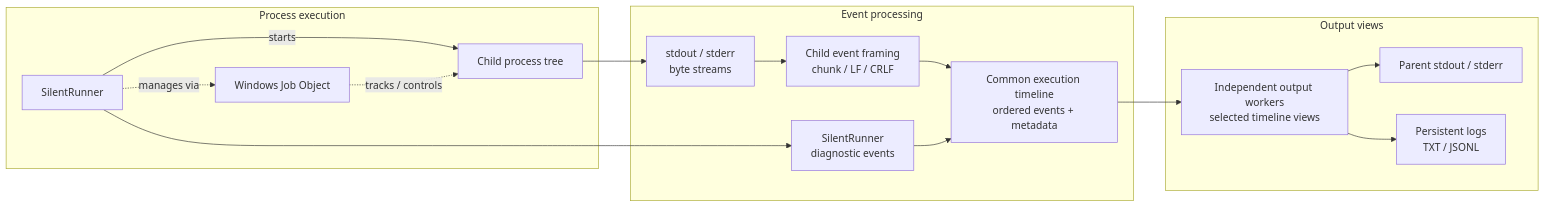
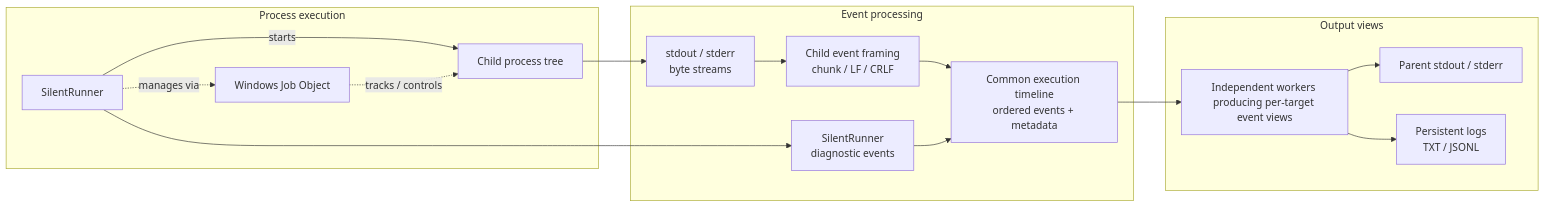
The diagram in README.md (jzav/silent-runner), drawn with Mermaid before and after one commit.

Commit message:
- updated readme [skip ci]

````diff
--- a/README.md
+++ b/README.md
@@ -70,36 +70,36 @@
 ```mermaid
 flowchart LR
     subgraph EXEC["Process execution"]
         SR["SilentRunner"]
         JOB["Windows Job Object"]
         CHILD["Child process tree"]
 
         SR -->|"starts"| CHILD
         SR -.->|"manages via"| JOB
         JOB -.->|"tracks / controls"| CHILD
     end
 
     subgraph EVENTS["Event processing"]
         STREAMS["stdout / stderr<br/>byte streams"]
         FRAMING["Child event framing<br/>chunk / LF / CRLF"]
         DIAG["SilentRunner<br/>diagnostic events"]
         TIMELINE["Common execution timeline<br/>ordered events + metadata"]
 
         STREAMS --> FRAMING
         FRAMING --> TIMELINE
         DIAG --> TIMELINE
     end
 
     subgraph OUTPUT["Output views"]
-        WORKERS["Independent output workers<br/>selected timeline views"]
+        WORKERS["Independent workers producing per-target event views"]
         PARENT["Parent stdout / stderr"]
         LOGS["Persistent logs<br/>TXT / JSONL"]
 
         WORKERS --> PARENT
         WORKERS --> LOGS
     end
 
     CHILD --> STREAMS
     SR --> DIAG
     TIMELINE --> WORKERS
 ```
````
